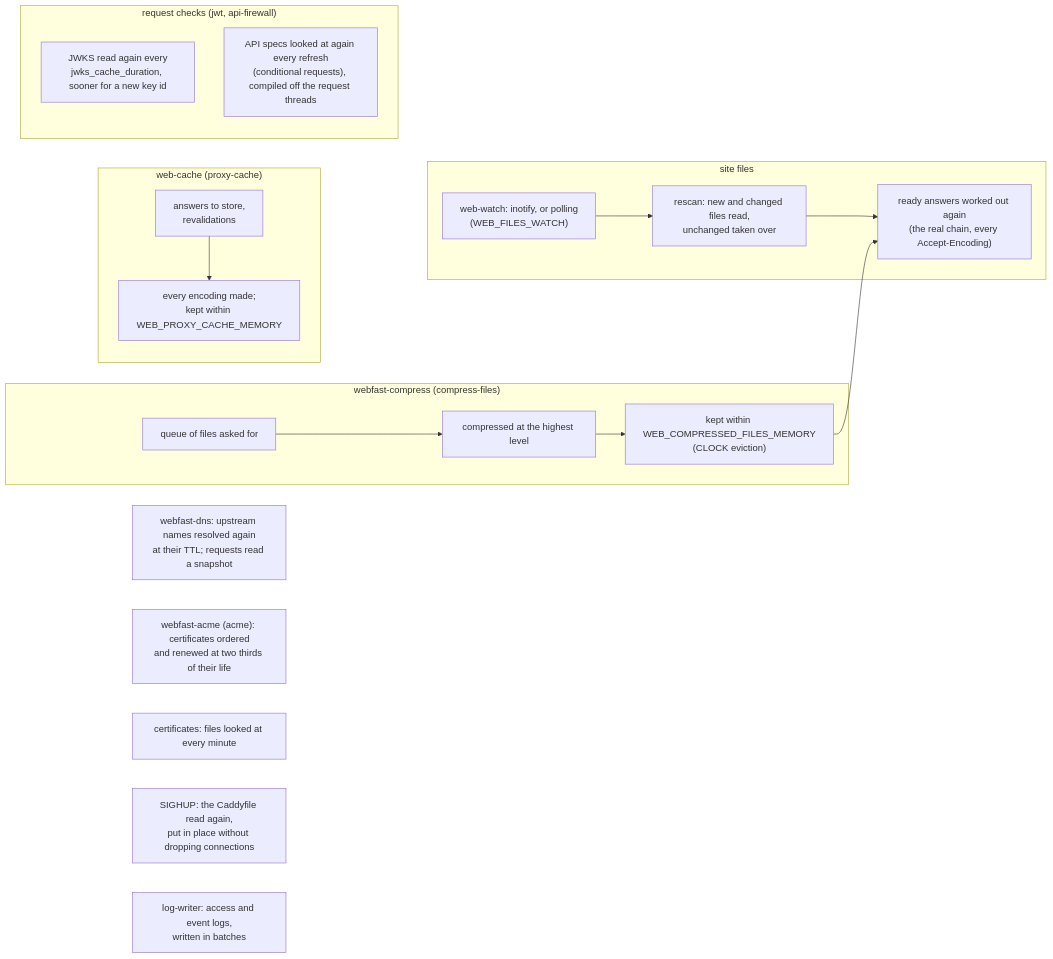
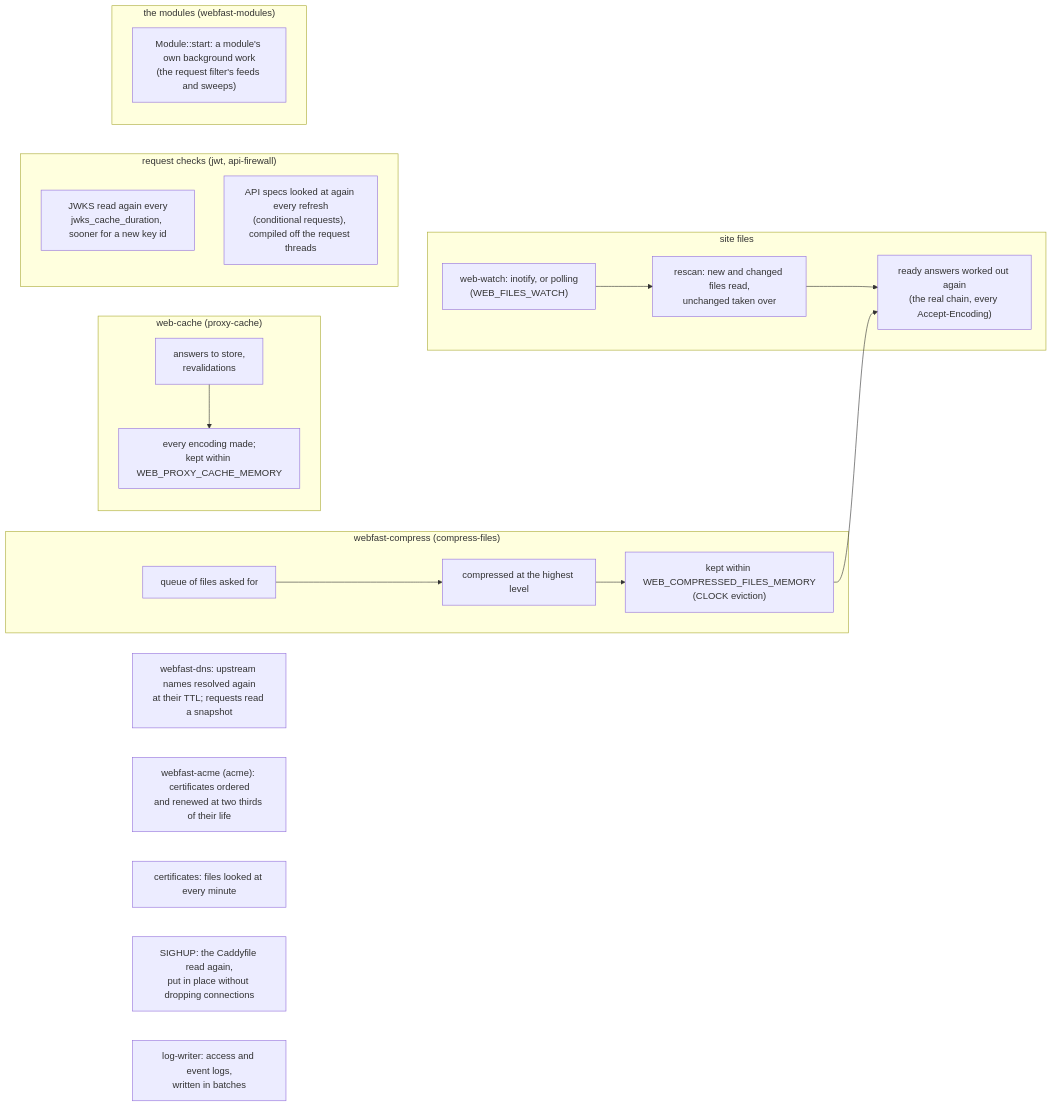
One commit to ops-pro/webfast changed the sixth of 6 diagrams in docs/overview.md. Above: the diagram before and after it, drawn with Mermaid. The commit also changed other lines of this file and 115 other files, not shown here.

````diff
--- a/docs/overview.md
+++ b/docs/overview.md
@@ -158,24 +168,27 @@
 ```mermaid
 flowchart LR
     subgraph files ["site files"]
         watch["web-watch: inotify, or polling<br/>(WEB_FILES_WATCH)"] --> rescan["rescan: new and changed files read,<br/>unchanged taken over"]
         rescan --> answers["ready answers worked out again<br/>(the real chain, every Accept-Encoding)"]
     end
     subgraph variants ["webfast-compress (compress-files)"]
         queue["queue of files asked for"] --> best["compressed at the highest level"]
         best --> store["kept within WEB_COMPRESSED_FILES_MEMORY<br/>(CLOCK eviction)"]
         store --> answers
     end
     subgraph cache ["web-cache (proxy-cache)"]
         cq["answers to store,<br/>revalidations"] --> cstore["every encoding made;<br/>kept within WEB_PROXY_CACHE_MEMORY"]
     end
     subgraph checks ["request checks (jwt, api-firewall)"]
         jwks["JWKS read again every<br/>jwks_cache_duration, sooner for a new key id"]
         spec["API specs looked at again every refresh<br/>(conditional requests), compiled off the request threads"]
     end
+    subgraph modules ["the modules (webfast-modules)"]
+        mstart["Module::start: a module's own background work<br/>(the request filter's feeds and sweeps)"]
+    end
     dns["webfast-dns: upstream names resolved again<br/>at their TTL; requests read a snapshot"]
     acme["webfast-acme (acme): certificates ordered<br/>and renewed at two thirds of their life"]
     certs["certificates: files looked at every minute"]
     reload["SIGHUP: the Caddyfile read again,<br/>put in place without dropping connections"]
     logs["log-writer: access and event logs,<br/>written in batches"]
 ```
````
